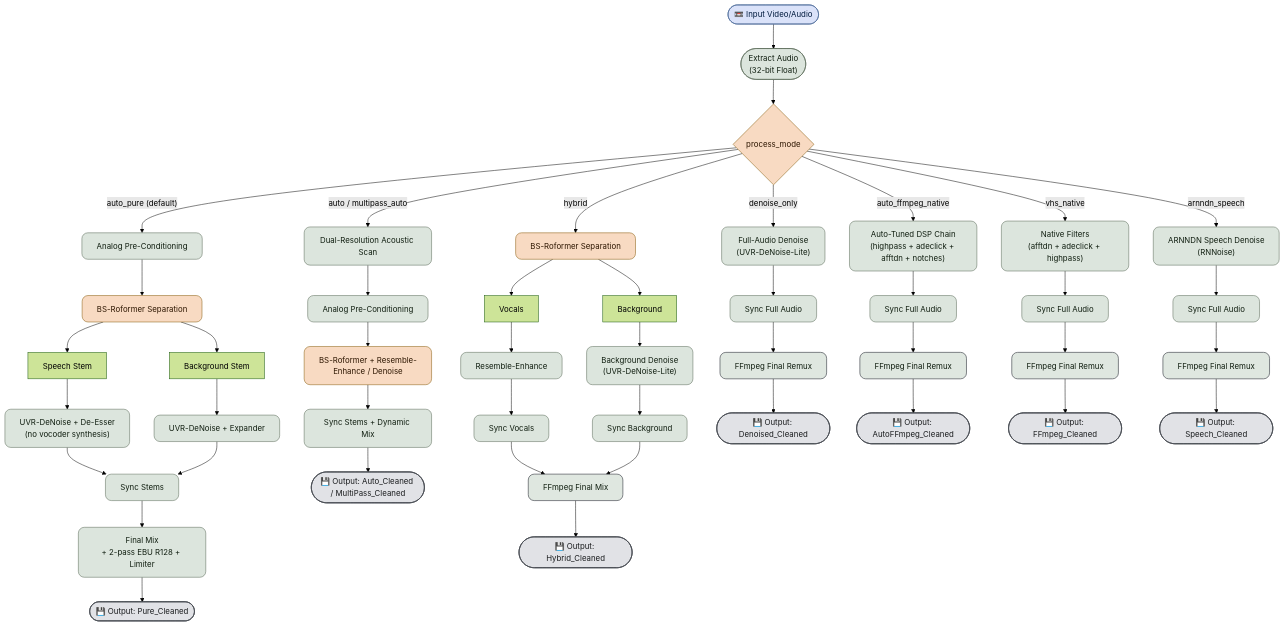
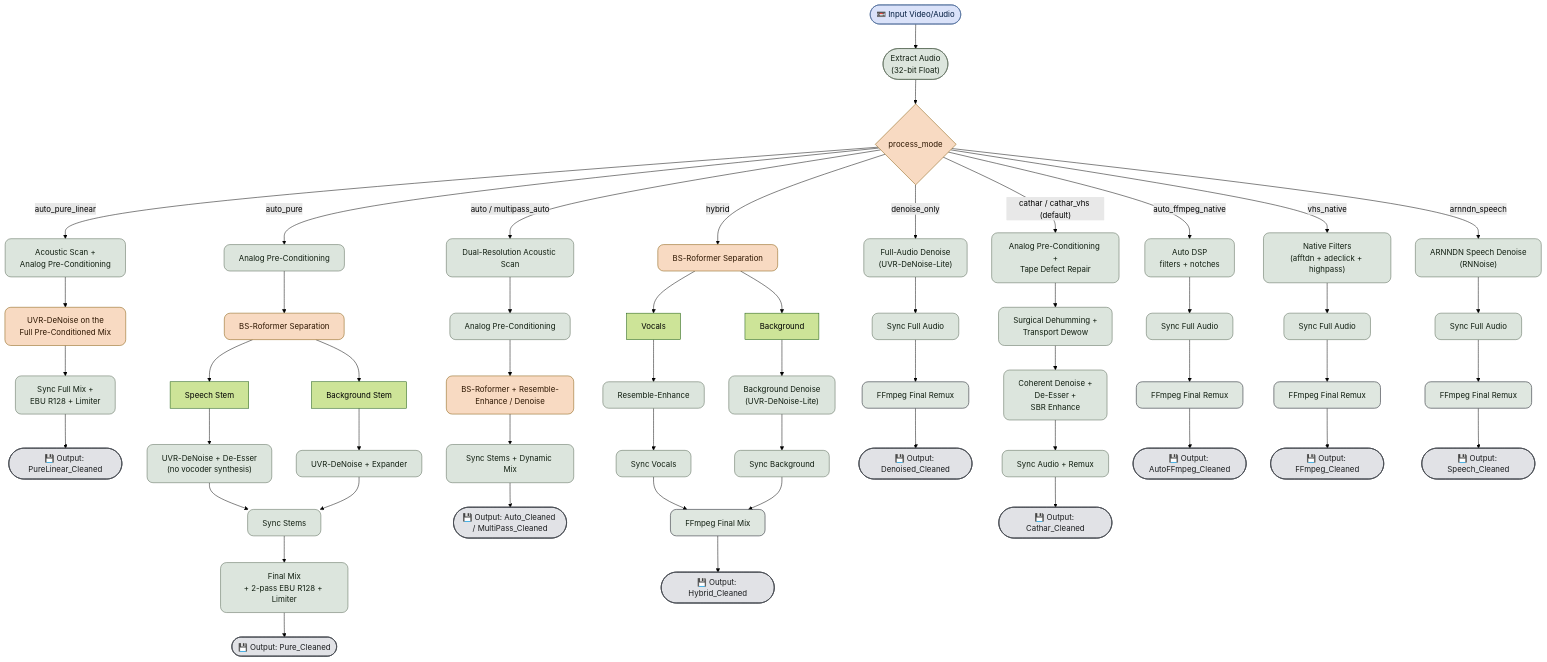
The first of 2 diagrams in README.md (ventura8/AI-Hybrid-VHS-Audio-Restorer), drawn with Mermaid (forest theme) before and after one commit. The commit also changed other lines of this file and 110 other files, not shown here.

````diff
--- a/README.md
+++ b/README.md
@@ -147,66 +220,77 @@
 ```mermaid
 flowchart TD
 %% Material You (Material 3) Muted Tonal Palette
 classDef input fill:#DAE2F9,stroke:#3F5F91,stroke-width:1px,color:#001B3E,rx:40,ry:40;
 classDef processing fill:#DCE5DD,stroke:#526350,stroke-width:1px,color:#101E10,rx:12,ry:12;
 classDef model fill:#F8DAC2,stroke:#825500,stroke-width:1px,color:#2D1600,rx:12,ry:12;
 classDef output fill:#E1E2E6,stroke:#44474E,stroke-width:1.5px,color:#1A1C1E,rx:40,ry:40;
 
 A(["📼 Input Video/Audio"]):::input --> B(["Extract Audio<br/>(32-bit Float)"]):::processing
 B --> MODE{"process_mode"}:::model
 
-MODE -->|"auto_pure (default)"| PP["Analog Pre-Conditioning"]:::processing
+MODE -->|"auto_pure_linear"| LP1["Acoustic Scan +<br/>Analog Pre-Conditioning"]:::processing
+LP1 --> LP2["UVR-DeNoise on the<br/>Full Pre-Conditioned Mix"]:::model
+LP2 --> LP3["Sync Full Mix +<br/>EBU R128 + Limiter"]:::processing
+LP3 --> LPOUT(["💾 Output: PureLinear_Cleaned"]):::output
+
+MODE -->|"auto_pure"| PP["Analog Pre-Conditioning"]:::processing
 PP --> PS["BS-Roformer Separation"]:::model
 PS --> PV["Speech Stem"]
 PS --> PB["Background Stem"]
 PV --> PVD["UVR-DeNoise + De-Esser<br/>(no vocoder synthesis)"]:::processing
 PB --> PBD["UVR-DeNoise + Expander"]:::processing
 PVD --> PSY["Sync Stems"]:::processing
 PBD --> PSY
 PSY --> PMIX["Final Mix<br/>+ 2-pass EBU R128 + Limiter"]:::processing
 PMIX --> POUT(["💾 Output: Pure_Cleaned"]):::output
 
 MODE -->|"auto / multipass_auto"| AP1["Dual-Resolution Acoustic Scan"]:::processing
 AP1 --> AP2["Analog Pre-Conditioning"]:::processing
 AP2 --> AP3["BS-Roformer + Resemble-Enhance / Denoise"]:::model
 AP3 --> AP4["Sync Stems + Dynamic Mix"]:::processing
 AP4 --> APOUT(["💾 Output: Auto_Cleaned / MultiPass_Cleaned"]):::output
 
 MODE -->|"hybrid"| RO["BS-Roformer Separation"]:::model
 RO --> V["Vocals"]
 RO --> I["Background"]
 V --> VE["Resemble-Enhance"]:::processing
 I --> BD["Background Denoise<br/>(UVR-DeNoise-Lite)"]:::processing
 VE --> SV["Sync Vocals"]:::processing
 BD --> SB["Sync Background"]:::processing
 SV --> HMIX["FFmpeg Final Mix"]:::processing
 SB --> HMIX
 HMIX --> HOUT(["💾 Output: Hybrid_Cleaned"]):::output
 
 MODE -->|"denoise_only"| FD["Full-Audio Denoise<br/>(UVR-DeNoise-Lite)"]:::processing
 FD --> FS["Sync Full Audio"]:::processing
 FS --> FMUX["FFmpeg Final Remux"]:::processing
 FMUX --> FOUT(["💾 Output: Denoised_Cleaned"]):::output
 
-MODE -->|"auto_ffmpeg_native"| AFN["Auto-Tuned DSP Chain<br/>(highpass + adeclick + afftdn + notches)"]:::processing
+MODE -->|"cathar / cathar_vhs (default)"| CP1["Analog Pre-Conditioning +<br/>Tape Defect Repair"]:::processing
+CP1 --> CP2["Surgical Dehumming +<br/>Transport Dewow"]:::processing
+CP2 --> CP3["Coherent Denoise +<br/>De-Esser +<br/>SBR Enhance"]:::processing
+CP3 --> CP4["Sync Audio + Remux"]:::processing
+CP4 --> CPOUT(["💾 Output: Cathar_Cleaned"]):::output
+
+MODE -->|"auto_ffmpeg_native"| AFN["Auto DSP<br/>filters + notches"]:::processing
 AFN --> AFS["Sync Full Audio"]:::processing
 AFS --> AFMIX["FFmpeg Final Remux"]:::processing
 AFMIX --> AFOUT(["💾 Output: AutoFFmpeg_Cleaned"]):::output
 
 MODE -->|"vhs_native"| VN["Native Filters<br/>(afftdn + adeclick + highpass)"]:::processing
 VN --> VS["Sync Full Audio"]:::processing
 VS --> VMUX["FFmpeg Final Remux"]:::processing
 VMUX --> VOUT(["💾 Output: FFmpeg_Cleaned"]):::output
 
 MODE -->|"arnndn_speech"| SN["ARNNDN Speech Denoise<br/>(RNNoise)"]:::processing
 SN --> SS["Sync Full Audio"]:::processing
 SS --> SMUX["FFmpeg Final Remux"]:::processing
 SMUX --> SOUT(["💾 Output: Speech_Cleaned"]):::output
 
 %% Material You Subgraph Styling (Subtle Contours)
 style HMIX fill:#DCE5DD,stroke:#44474E,stroke-width:1.5px,opacity:0.9
 style FMUX fill:#DCE5DD,stroke:#44474E,stroke-width:1.5px,opacity:0.9
 style AFMIX fill:#DCE5DD,stroke:#44474E,stroke-width:1.5px,opacity:0.9
 style VMUX fill:#DCE5DD,stroke:#44474E,stroke-width:1.5px,opacity:0.9
 style SMUX fill:#DCE5DD,stroke:#44474E,stroke-width:1.5px,opacity:0.9
 ```
````
